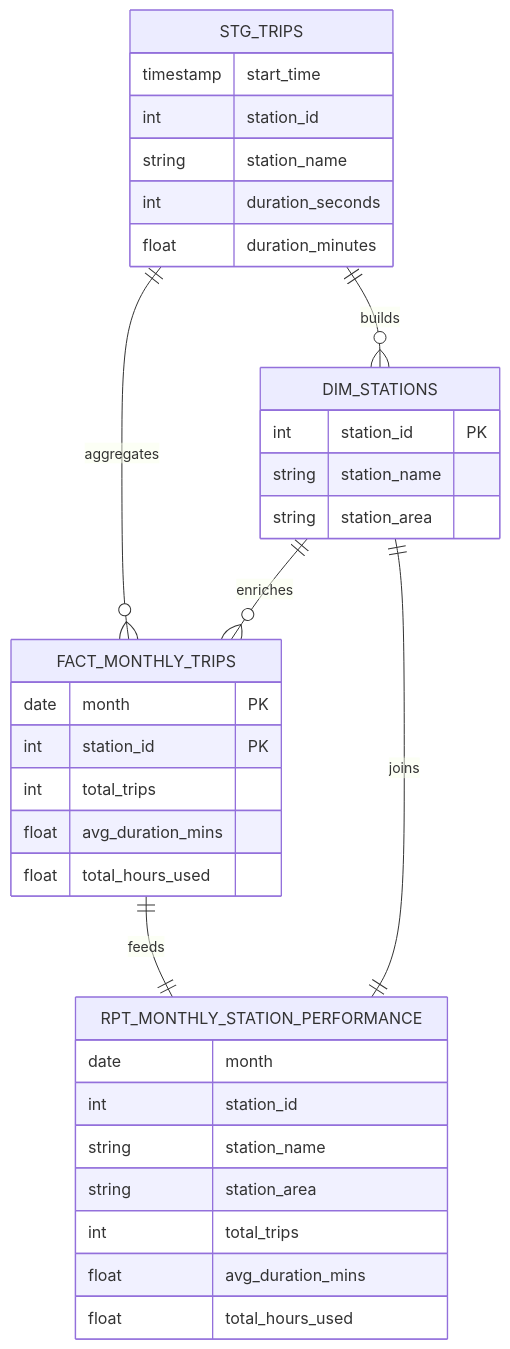
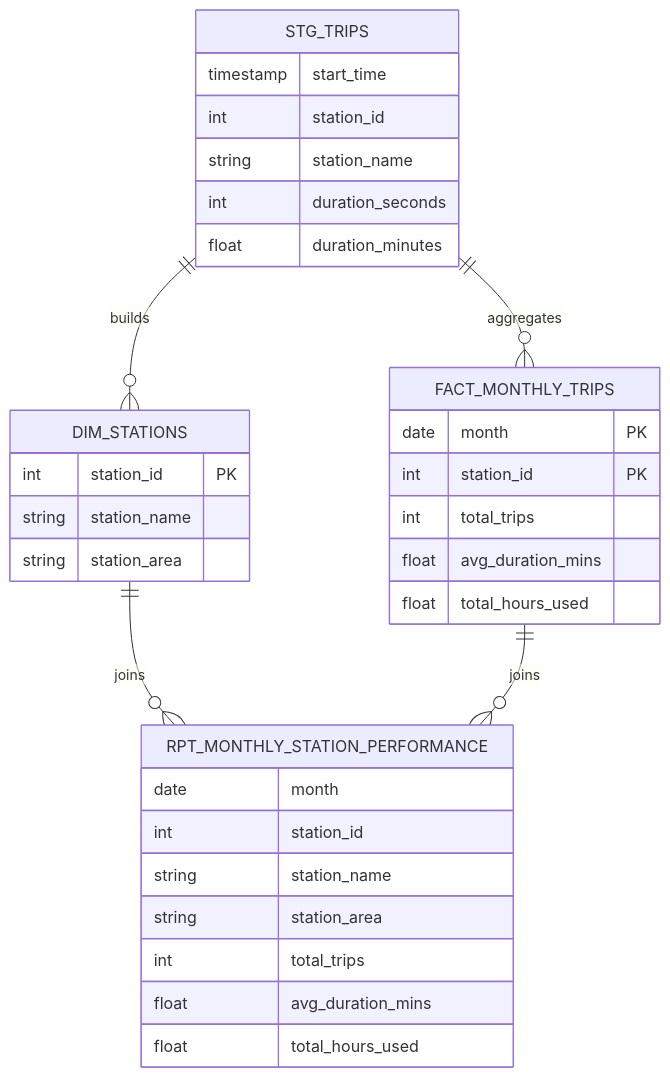
The third of 3 diagrams in README.md (Wali-Mohamed/london-bikes-data-engineering), drawn with Mermaid before and after one commit.

Commit message:
Updated README.md fixed relationship in dbt table relationship

````diff
--- a/README.md
+++ b/README.md
@@ -322,40 +322,42 @@
 ```mermaid
 erDiagram
     STG_TRIPS {
         timestamp start_time
         int station_id
         string station_name
         int duration_seconds
         float duration_minutes
     }
 
     DIM_STATIONS {
         int station_id PK
         string station_name
         string station_area
     }
 
     FACT_MONTHLY_TRIPS {
         date month PK
         int station_id PK
         int total_trips
         float avg_duration_mins
         float total_hours_used
     }
 
     RPT_MONTHLY_STATION_PERFORMANCE {
         date month
         int station_id
         string station_name
         string station_area
         int total_trips
         float avg_duration_mins
         float total_hours_used
     }
 
+   
+
     STG_TRIPS ||--o{ DIM_STATIONS : builds
     STG_TRIPS ||--o{ FACT_MONTHLY_TRIPS : aggregates
-    DIM_STATIONS ||--o{ FACT_MONTHLY_TRIPS : enriches
-    FACT_MONTHLY_TRIPS ||--|| RPT_MONTHLY_STATION_PERFORMANCE : feeds
-    DIM_STATIONS ||--|| RPT_MONTHLY_STATION_PERFORMANCE : joins
+
+    DIM_STATIONS ||--o{ RPT_MONTHLY_STATION_PERFORMANCE : joins
+    FACT_MONTHLY_TRIPS ||--o{ RPT_MONTHLY_STATION_PERFORMANCE : joins
 ```
````
